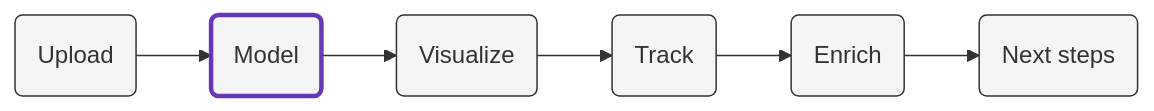
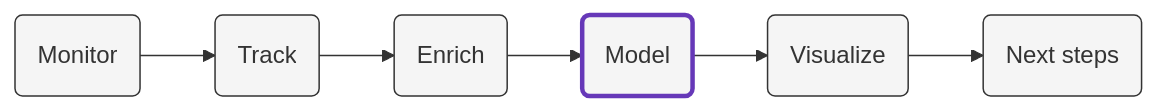
One commit to snowplow-incubator/snowplow-core-web-vitals-accelerator changed the diagram in content/modeling/_index.md. Above: the diagram before and after it, drawn with Mermaid. The commit also changed other lines of this file and 20 other files, not shown here.

```diff
--- a/content/modeling/_index.md
+++ b/content/modeling/_index.md
@@ -13,10 +12,10 @@
 {{<mermaid>}}
 flowchart LR
-    id1(Upload)-->id2(Model)-->id3(Visualize)-->id4(Track)-->id5(Enrich)-->id6(Next steps)
+    id1(Monitor)-->id2(Track)-->id3(Enrich)-->id4(Model)-->id5(Visualize)-->id6(Next steps)
     style id1 fill:#f5f5f5,stroke:#333,stroke-width:1px
-    style id2 fill:#f5f5f5,stroke:#6638B8,stroke-width:3px
+    style id2 fill:#f5f5f5,stroke:#333,stroke-width:1px
     style id3 fill:#f5f5f5,stroke:#333,stroke-width:1px
-    style id4 fill:#f5f5f5,stroke:#333,stroke-width:1px
+    style id4 fill:#f5f5f5,stroke:#6638B8,stroke-width:3px
     style id5 fill:#f5f5f5,stroke:#333,stroke-width:1px
     style id6 fill:#f5f5f5,stroke:#333,stroke-width:1px
 {{</mermaid >}}
```
